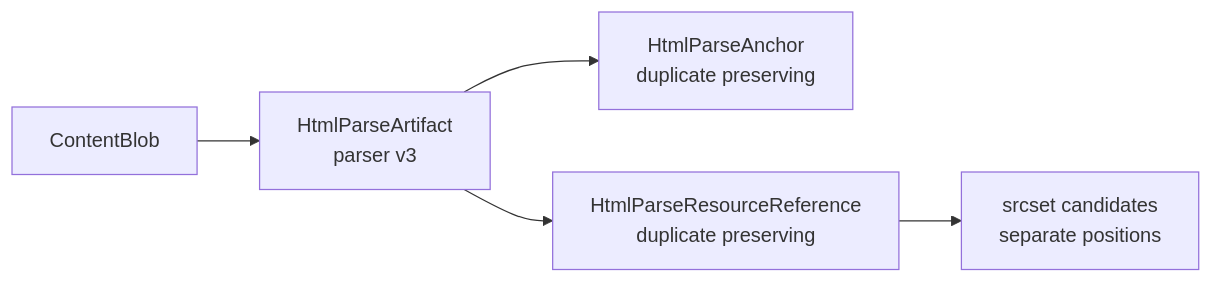
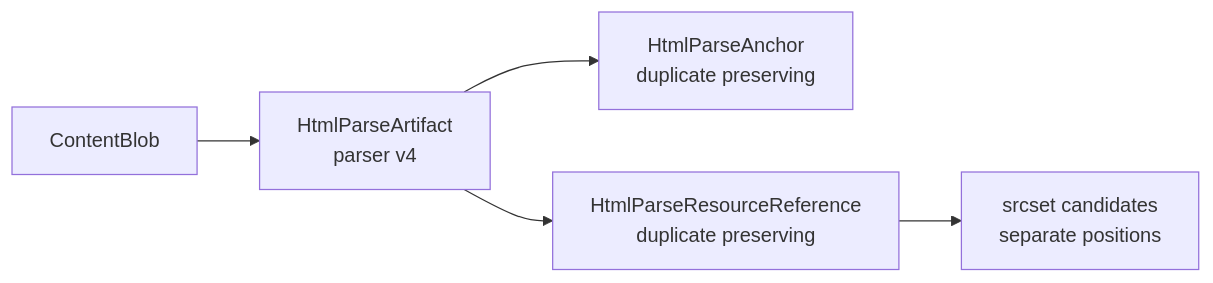
Before and after one commit to Artsen/site-ledger: the second of 6 diagrams in docs/resource-inventory.md, drawn with Mermaid. The commit also changed other lines of this file and 8 other files, not shown here.

````diff
--- a/docs/resource-inventory.md
+++ b/docs/resource-inventory.md
@@ -80,7 +80,7 @@
 ```mermaid
 flowchart LR
-  B[ContentBlob] --> A[HtmlParseArtifact\nparser v3]
+  B[ContentBlob] --> A[HtmlParseArtifact\nparser v4]
   A --> H[HtmlParseAnchor\nduplicate preserving]
   A --> E[HtmlParseResourceReference\nduplicate preserving]
   E --> C[srcset candidates\nseparate positions]
 ```
````
